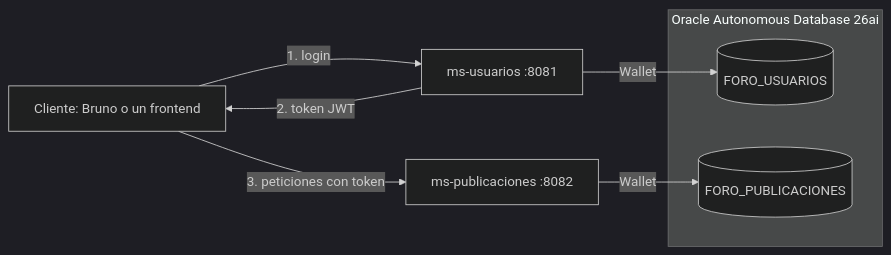
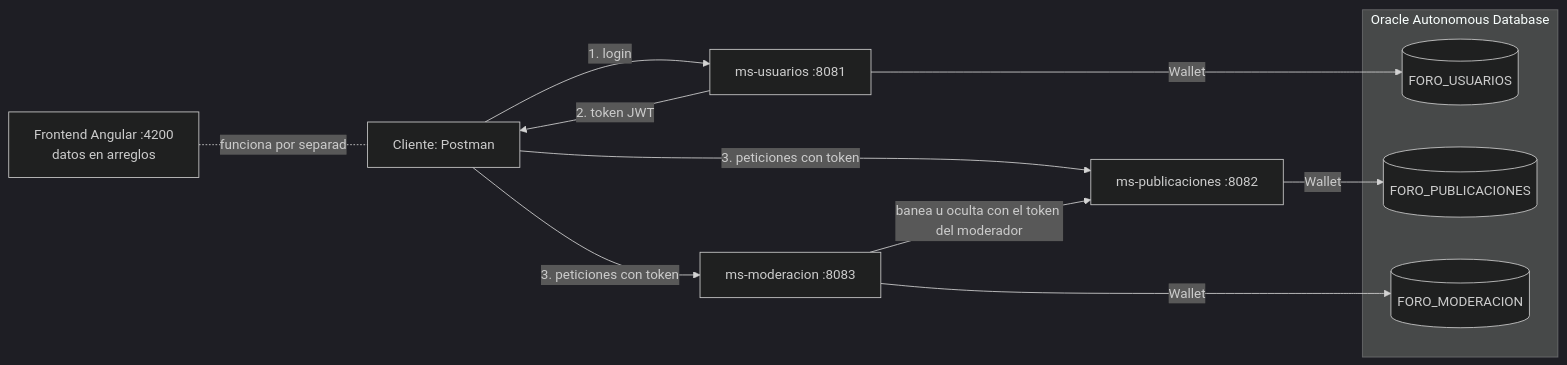
The first of 2 diagrams in README.md (RobertoASF/foro-infra), drawn with Mermaid (dark theme) before and after one commit. The commit also changed other lines of this file, not shown here.

Commit message:
se actualiza readme con tres microservicios, frontend, postman y despliegue en la nube

````diff
--- a/README.md
+++ b/README.md
@@ -17,12 +18,17 @@
 ```mermaid
 flowchart LR
-    C[Cliente: Bruno o un frontend] -->|1. login| U[ms-usuarios :8081]
+    F[Frontend Angular :4200<br>datos en arreglos] -.funciona por separado.- C
+    C[Cliente: Postman] -->|1. login| U[ms-usuarios :8081]
     U -->|2. token JWT| C
     C -->|3. peticiones con token| P[ms-publicaciones :8082]
-    subgraph Oracle [Oracle Autonomous Database 26ai]
+    C -->|3. peticiones con token| M[ms-moderacion :8083]
+    M -->|banea u oculta con el token del moderador| P
+    subgraph Oracle [Oracle Autonomous Database]
         EU[(FORO_USUARIOS)]
         EP[(FORO_PUBLICACIONES)]
+        EM[(FORO_MODERACION)]
     end
     U -->|Wallet| EU
     P -->|Wallet| EP
+    M -->|Wallet| EM
 ```
````
